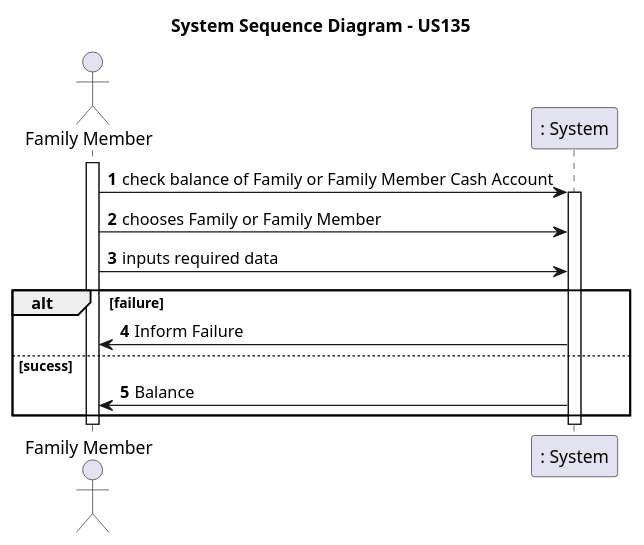
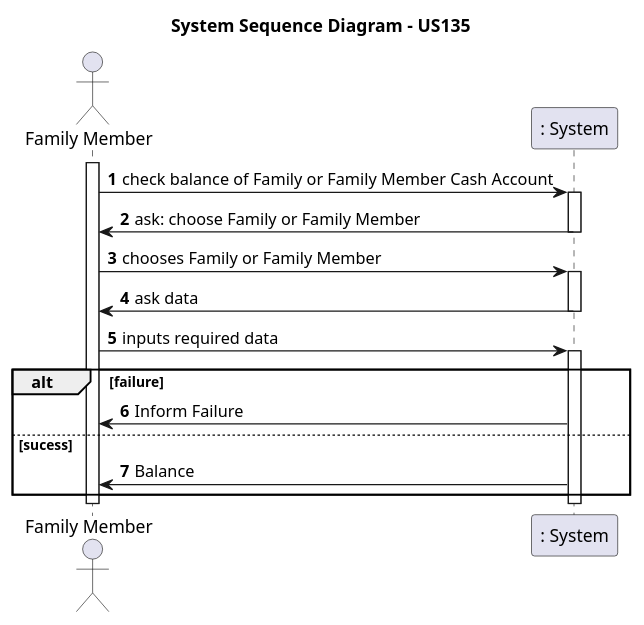
Before and after one commit to tomas-osswald/switch_2020_g3: the first of 7 diagrams in docs/sprint2/user_stories/US135_CheckFamilyOrFamilyMemberCashAccountBalance.md, drawn with PlantUML. The commit also changed 1 other file, not shown here.

Commit message:
changes to us173 and us135 SSD

````diff
--- a/docs/sprint2/user_stories/US135_CheckFamilyOrFamilyMemberCashAccountBalance.md
+++ b/docs/sprint2/user_stories/US135_CheckFamilyOrFamilyMemberCashAccountBalance.md
@@ -22,24 +22,33 @@
 ```puml
 autonumber
 title System Sequence Diagram - US135
 
 actor "Family Member" as familyMember
 participant ": System" as system
 
 activate familyMember
-familyMember-> system : check balance of Family or Family Member Cash Account
+
+familyMember -> system : check balance of Family or Family Member Cash Account
 activate system
+system -> familyMember : ask: choose Family or Family Member
+deactivate system
+
 familyMember -> system : chooses Family or Family Member
+activate system
+system -> familyMember : ask data
+deactivate system
+
 familyMember -> system : inputs required data
+activate system
 alt failure
 system -> familyMember : Inform Failure
 
 else sucess
 system -> familyMember : Balance
 
 end
 
 deactivate system
 
 deactivate familyMember
 ```
````
